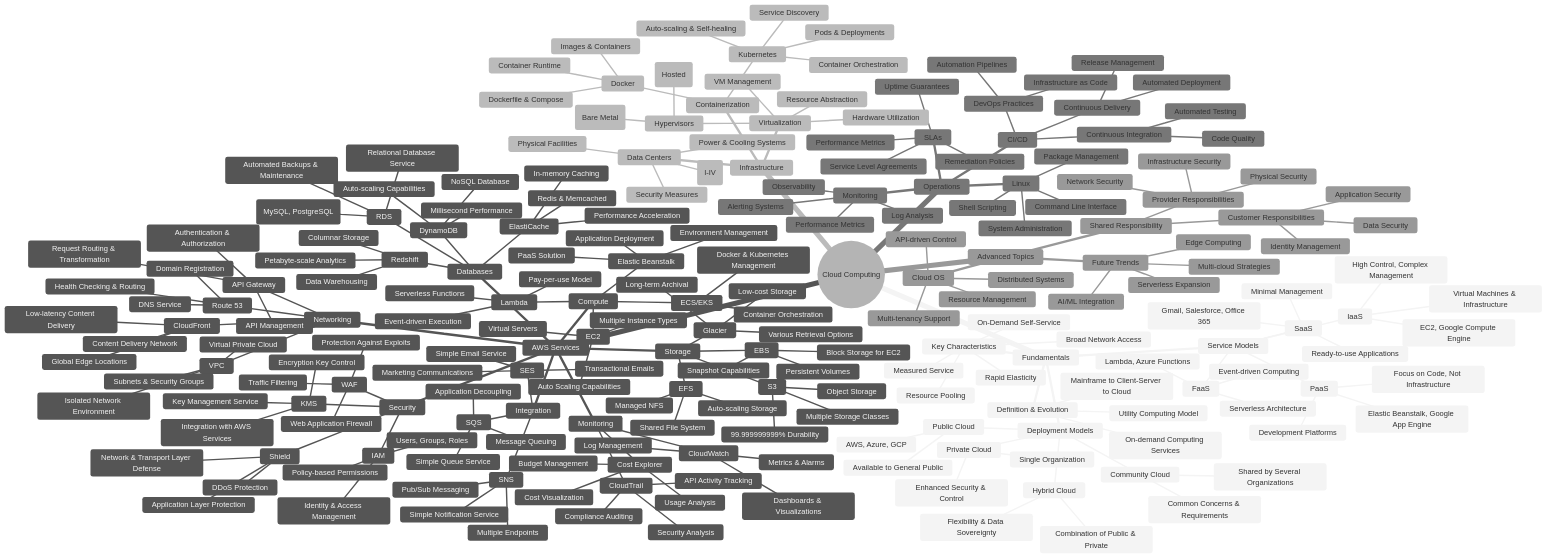
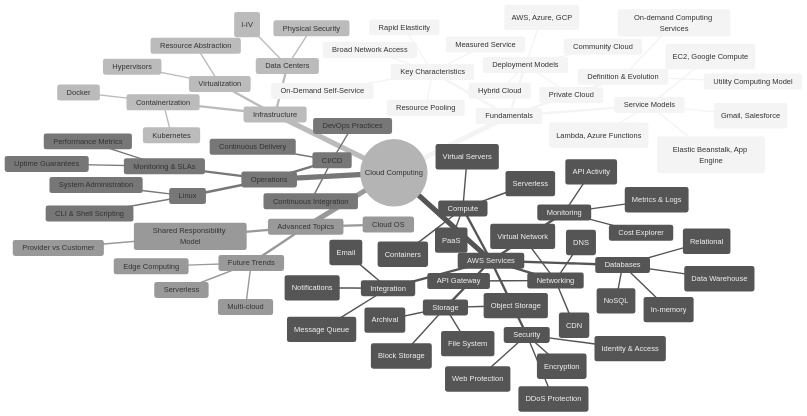
The diagram in README.md (MMALI3287/CloudComputingCSE4267), drawn with Mermaid (neutral theme) before and after one commit.

Commit message:
Refactor AWS services section for concise descriptions and improved readability

````diff
--- a/README.md
+++ b/README.md
@@ -48,7 +48,6 @@
     Fundamentals
       Definition & Evolution
         On-demand Computing Services
-        Mainframe to Client-Server to Cloud
         Utility Computing Model
       Key Characteristics
         On-Demand Self-Service
@@ -57,213 +56,76 @@
         Rapid Elasticity
         Measured Service
       Service Models
-        IaaS
-          EC2, Google Compute Engine
-          Virtual Machines & Infrastructure
-          High Control, Complex Management
-        PaaS
-          Elastic Beanstalk, Google App Engine
-          Development Platforms
-          Focus on Code, Not Infrastructure
-        SaaS
-          Gmail, Salesforce, Office 365
-          Ready-to-use Applications
-          Minimal Management
-        FaaS
-          Lambda, Azure Functions
-          Event-driven Computing
-          Serverless Architecture
+        IaaS (EC2, Google Compute)
+        PaaS (Elastic Beanstalk, App Engine)
+        SaaS (Gmail, Salesforce)
+        FaaS (Lambda, Azure Functions)
       Deployment Models
-        Public Cloud
-          Available to General Public
-          AWS, Azure, GCP
+        Public Cloud (AWS, Azure, GCP)
         Private Cloud
-          Single Organization
-          Enhanced Security & Control
         Hybrid Cloud
-          Combination of Public & Private
-          Flexibility & Data Sovereignty
         Community Cloud
-          Shared by Several Organizations
-          Common Concerns & Requirements
     AWS Services
       Compute
-        EC2
-          Virtual Servers
-          Multiple Instance Types
-          Auto Scaling Capabilities
-        Lambda
-          Serverless Functions
-          Event-driven Execution
-          Pay-per-use Model
-        ECS/EKS
-          Container Orchestration
-          Docker & Kubernetes Management
-        Elastic Beanstalk
-          PaaS Solution
-          Application Deployment
-          Environment Management
+        EC2 (Virtual Servers)
+        Lambda (Serverless)
+        ECS/EKS (Containers)
+        Elastic Beanstalk (PaaS)
       Storage
-        S3
-          Object Storage
-          99.999999999% Durability
-          Multiple Storage Classes
-        EBS
-          Block Storage for EC2
-          Persistent Volumes
-          Snapshot Capabilities
-        EFS
-          Managed NFS
-          Shared File System
-          Auto-scaling Storage
-        Glacier
-          Long-term Archival
-          Low-cost Storage
-          Various Retrieval Options
+        S3 (Object Storage)
+        EBS (Block Storage)
+        EFS (File System)
+        Glacier (Archival)
       Security
-        IAM
-          Identity & Access Management
-          Users, Groups, Roles
-          Policy-based Permissions
-        KMS
-          Key Management Service
-          Encryption Key Control
-          Integration with AWS Services
-        WAF
-          Web Application Firewall
-          Traffic Filtering
-          Protection Against Exploits
-        Shield
-          DDoS Protection
-          Network & Transport Layer Defense
-          Application Layer Protection
+        IAM (Identity & Access)
+        KMS (Encryption)
+        WAF (Web Protection)
+        Shield (DDoS Protection)
       Networking
-        VPC
-          Virtual Private Cloud
-          Isolated Network Environment
-          Subnets & Security Groups
-        Route 53
-          DNS Service
-          Domain Registration
-          Health Checking & Routing
-        CloudFront
-          Content Delivery Network
-          Global Edge Locations
-          Low-latency Content Delivery
+        VPC (Virtual Network)
+        Route 53 (DNS)
+        CloudFront (CDN)
         API Gateway
-          API Management
-          Request Routing & Transformation
-          Authentication & Authorization
       Databases
-        RDS
-          Relational Database Service
-          Multiple Engines (MySQL, PostgreSQL)
-          Automated Backups & Maintenance
-        DynamoDB
-          NoSQL Database
-          Millisecond Performance
-          Auto-scaling Capabilities
-        ElastiCache
-          In-memory Caching
-          Redis & Memcached
-          Performance Acceleration
-        Redshift
-          Data Warehousing
-          Petabyte-scale Analytics
-          Columnar Storage
+        RDS (Relational)
+        DynamoDB (NoSQL)
+        ElastiCache (In-memory)
+        Redshift (Data Warehouse)
       Integration
-        SQS
-          Simple Queue Service
-          Message Queuing
-          Application Decoupling
-        SNS
-          Simple Notification Service
-          Pub/Sub Messaging
-          Multiple Endpoints
-        SES
-          Simple Email Service
-          Transactional Emails
-          Marketing Communications
+        SQS (Message Queue)
+        SNS (Notifications)
+        SES (Email)
       Monitoring
-        CloudWatch
-          Metrics & Alarms
-          Log Management
-          Dashboards & Visualizations
-        CloudTrail
-          API Activity Tracking
-          Compliance Auditing
-          Security Analysis
+        CloudWatch (Metrics & Logs)
+        CloudTrail (API Activity)
         Cost Explorer
-          Cost Visualization
-          Usage Analysis
-          Budget Management
     Infrastructure
       Data Centers
-        Physical Facilities
         Tier Levels (I-IV)
-        Power & Cooling Systems
-        Security Measures
+        Physical Security
       Virtualization
         Hypervisors
-          Type 1 (Bare Metal)
-          Type 2 (Hosted)
         Resource Abstraction
-        VM Management
-        Hardware Utilization
       Containerization
         Docker
-          Container Runtime
-          Images & Containers
-          Dockerfile & Compose
         Kubernetes
-          Container Orchestration
-          Pods & Deployments
-          Service Discovery
-          Auto-scaling & Self-healing
     Operations
       Linux
-        Command Line Interface
-        Shell Scripting
+        CLI & Shell Scripting
         System Administration
-        Package Management
       CI/CD
         Continuous Integration
-          Automated Testing
-          Code Quality
         Continuous Delivery
-          Automated Deployment
-          Release Management
         DevOps Practices
-          Infrastructure as Code
-          Automation Pipelines
-      Monitoring
+      Monitoring & SLAs
         Performance Metrics
-        Log Analysis
-        Alerting Systems
-        Observability
-      SLAs
-        Service Level Agreements
         Uptime Guarantees
-        Performance Metrics
-        Remediation Policies
     Advanced Topics
       Cloud OS
-        Resource Management
-        Multi-tenancy Support
-        API-driven Control
-        Distributed Systems
-      Shared Responsibility
-        Provider Responsibilities
-          Infrastructure Security
-          Physical Security
-          Network Security
-        Customer Responsibilities
-          Data Security
-          Identity Management
-          Application Security
+      Shared Responsibility Model
+        Provider vs Customer
       Future Trends
         Edge Computing
-        Serverless Expansion
-        AI/ML Integration
-        Multi-cloud Strategies
+        Serverless
+        Multi-cloud
 ```
````
